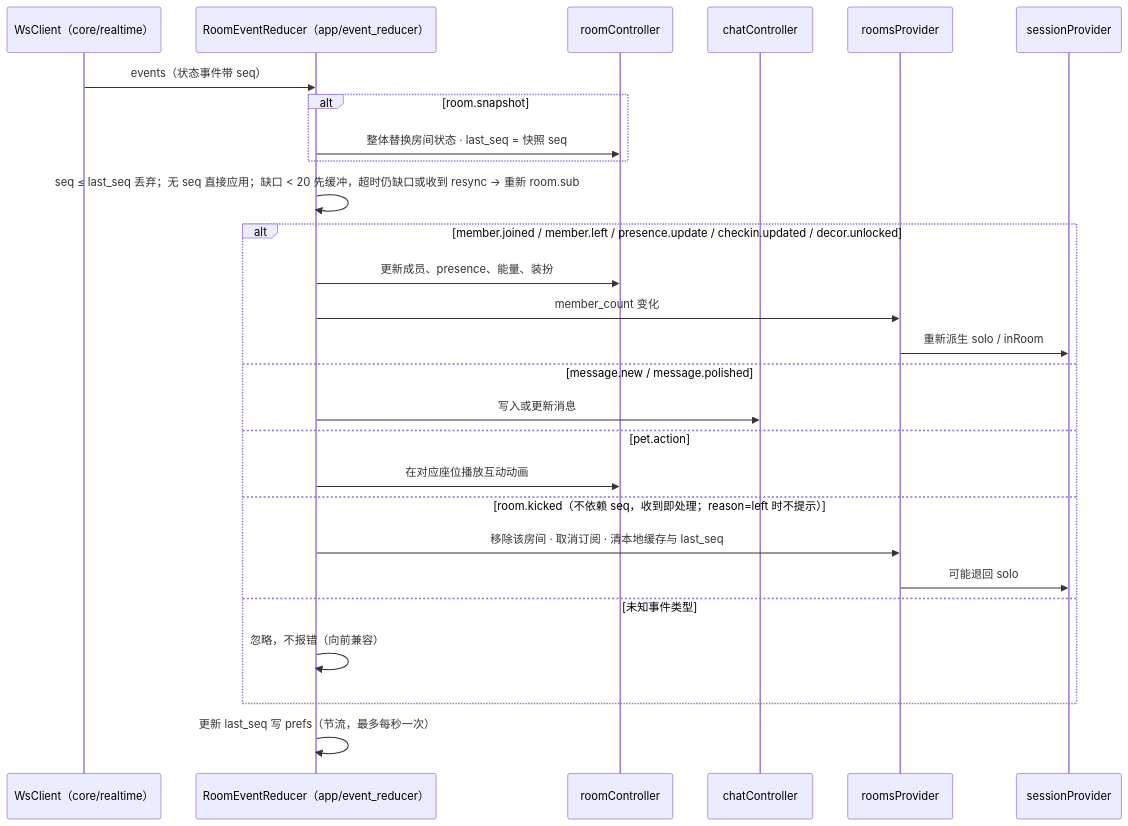
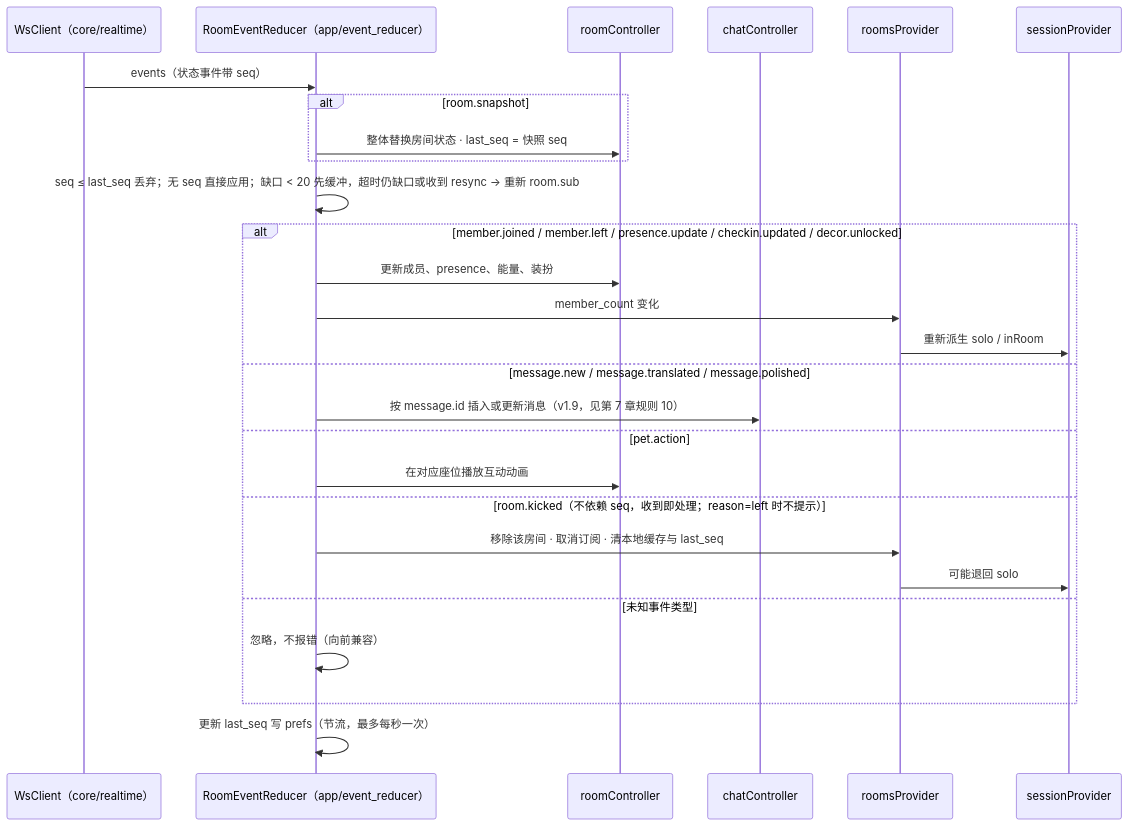
The fifth of 6 diagrams in 前端技术设计文档（TRD）：PetBridge（Flutter）.md (jinheng0301/PetBridge_frontend), drawn with Mermaid before and after one commit. The commit also changed other lines of this file and 1 other file, not shown here.

Commit message:
docs(trd): bump frontend TRD to v1.9 for B5 message protocol

````diff
--- a/前端技术设计文档（TRD）：PetBridge（Flutter）.md
+++ b/前端技术设计文档（TRD）：PetBridge（Flutter）.md
@@ -261,30 +261,30 @@
 ```mermaid
 sequenceDiagram
     participant WS as WsClient（core/realtime）
     participant Red as RoomEventReducer（app/event_reducer）
     participant RoomC as roomController
     participant ChatC as chatController
     participant Rooms as roomsProvider
     participant Sess as sessionProvider
 
     WS->>Red: events（状态事件带 seq）
     alt room.snapshot
         Red->>RoomC: 整体替换房间状态 · last_seq = 快照 seq
     end
     Red->>Red: seq ≤ last_seq 丢弃；无 seq 直接应用；缺口 < 20 先缓冲，超时仍缺口或收到 resync → 重新 room.sub
     alt member.joined / member.left / presence.update / checkin.updated / decor.unlocked
         Red->>RoomC: 更新成员、presence、能量、装扮
         Red->>Rooms: member_count 变化
         Rooms->>Sess: 重新派生 solo / inRoom
-    else message.new / message.polished
-        Red->>ChatC: 写入或更新消息
+    else message.new / message.translated / message.polished
+        Red->>ChatC: 按 message.id 插入或更新消息（v1.9，见第 7 章规则 10）
     else pet.action
         Red->>RoomC: 在对应座位播放互动动画
     else room.kicked（不依赖 seq，收到即处理；reason=left 时不提示）
         Red->>Rooms: 移除该房间 · 取消订阅 · 清本地缓存与 last_seq
         Rooms->>Sess: 可能退回 solo
     else 未知事件类型
         Red->>Red: 忽略，不报错（向前兼容）
     end
     Red->>Red: 更新 last_seq 写 prefs（节流，最多每秒一次）
 ```
````
